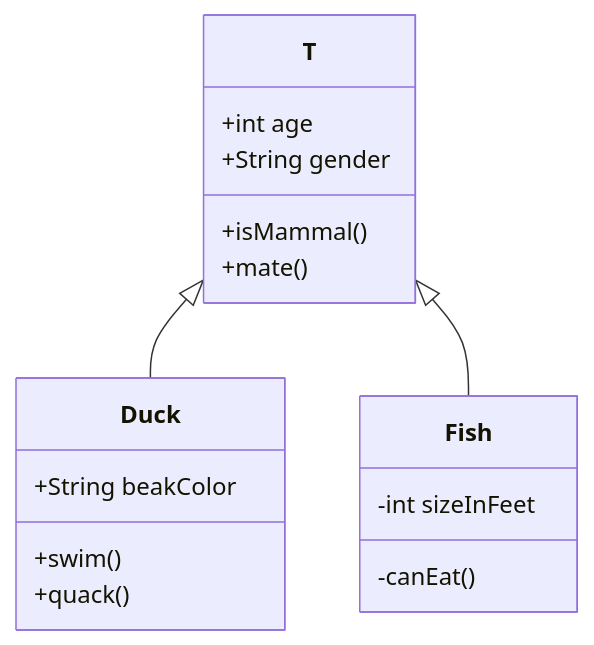
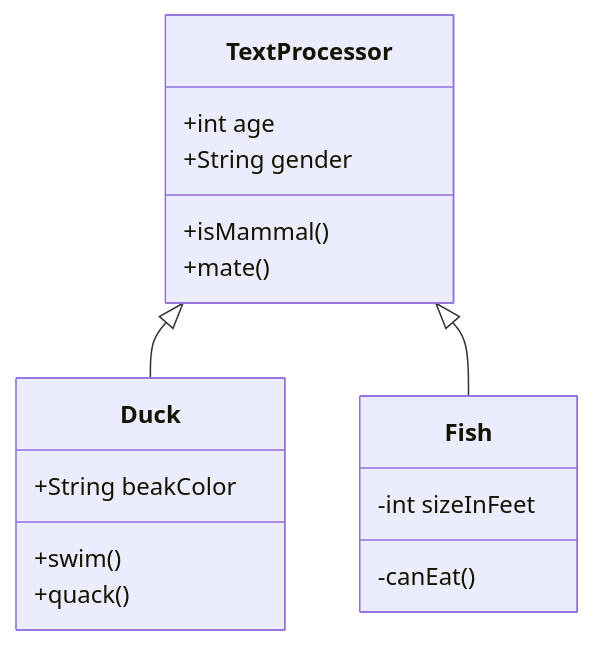
The diagram in all/未命名.md (Jason-DancingBoy/iodraw-files), drawn with Mermaid before and after one commit.

Commit message:
2026-01-02 20:30:29 update

````diff
--- a/all/未命名.md
+++ b/all/未命名.md
@@ -1,19 +1,19 @@
 ```mermaid
 classDiagram
-    T <|-- Duck
-    T <|-- Fish
-    T : +int age
-    T : +String gender
-    T: +isMammal()
-    T: +mate()
+    TextProcessor <|-- Duck
+    TextProcessor <|-- Fish
+    TextProcessor : +int age
+    TextProcessor : +String gender
+    TextProcessor: +isMammal()
+    TextProcessor: +mate()
     class Duck{
       +String beakColor
       +swim()
       +quack()
     }
     class Fish{
       -int sizeInFeet
       -canEat()
     }
             
 ```
````
